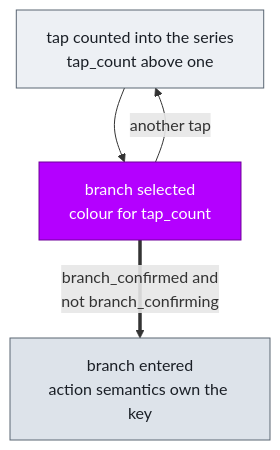
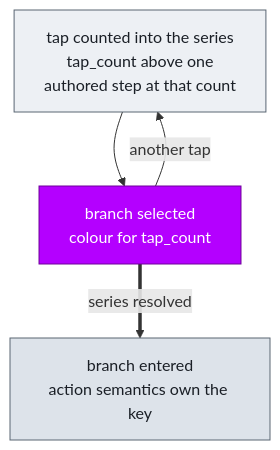
One commit to NoahCLR/charybdis-4x6 changed the third of 5 diagrams in docs/RGB_IMPLEMENTATION.md. Above: the diagram before and after it, drawn with Mermaid. The commit also changed other lines of this file and 46 other files, not shown here.

````diff
--- a/docs/RGB_IMPLEMENTATION.md
+++ b/docs/RGB_IMPLEMENTATION.md
@@ -86,11 +84,11 @@
 ```mermaid
 flowchart TD
-    T["tap counted into the series<br>tap_count above one"]
+    T["tap counted into the series<br>tap_count above one<br>authored step at that count"]
     T --> P["branch selected<br>colour for tap_count"]
     P -->|"another tap"| T
-    P ==>|"branch_confirmed and<br>not branch_confirming"| Q["branch entered<br>action semantics own the key"]
+    P ==>|"series resolved"| Q["branch entered<br>action semantics own the key"]
 
     style T fill:#EDF0F4,stroke:#5A6673,color:#1A1F26
     style P fill:#B400FF,stroke:#6E0099,color:#FFFFFF
     style Q fill:#DDE3EA,stroke:#5A6673,color:#1A1F26
 ```
````
